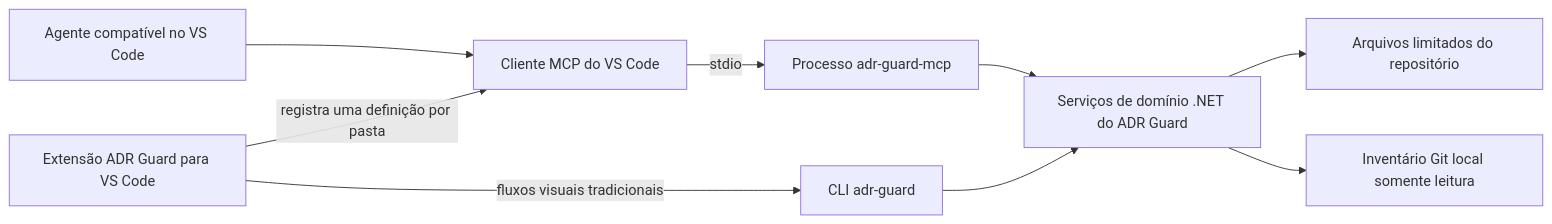
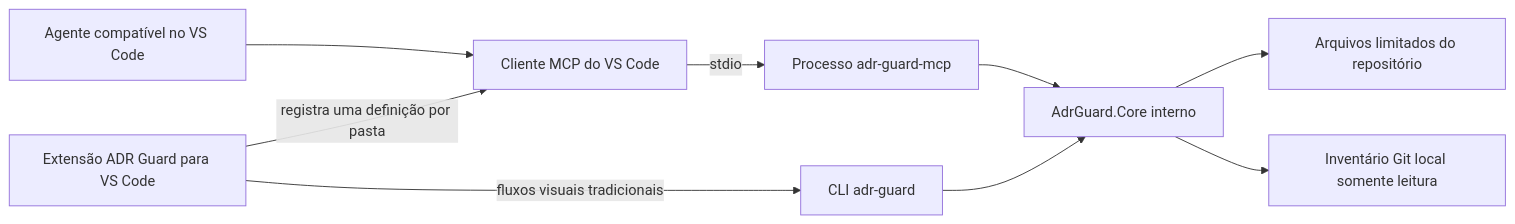
The diagram in docs/mcp.pt-BR.md (rodri-oliveira-dev/adr-guard), drawn with Mermaid before and after one commit. The commit also changed other lines of this file and 28 other files, not shown here.

````diff
--- a/docs/mcp.pt-BR.md
+++ b/docs/mcp.pt-BR.md
@@ -13,11 +13,11 @@
 ```mermaid
 flowchart LR
   Agent[Agente compatível no VS Code] --> Client[Cliente MCP do VS Code]
   Client -->|stdio| Server[Processo adr-guard-mcp]
-  Server --> Domain[Serviços de domínio .NET do ADR Guard]
-  Domain --> Files[Arquivos limitados do repositório]
-  Domain --> Git[Inventário Git local somente leitura]
+  Server --> Core[AdrGuard.Core interno]
+  Core --> Files[Arquivos limitados do repositório]
+  Core --> Git[Inventário Git local somente leitura]
   Extension[Extensão ADR Guard para VS Code] -->|registra uma definição por pasta| Client
   Extension -->|fluxos visuais tradicionais| CLI[CLI adr-guard]
-  CLI --> Domain
+  CLI --> Core
 ```
````
